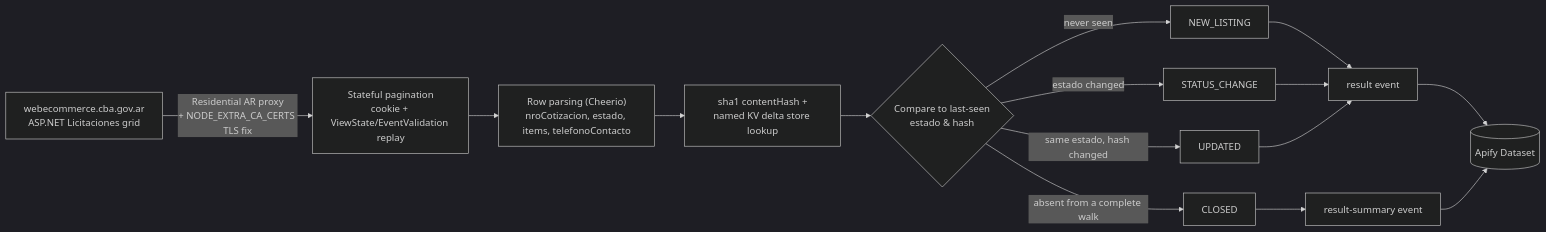
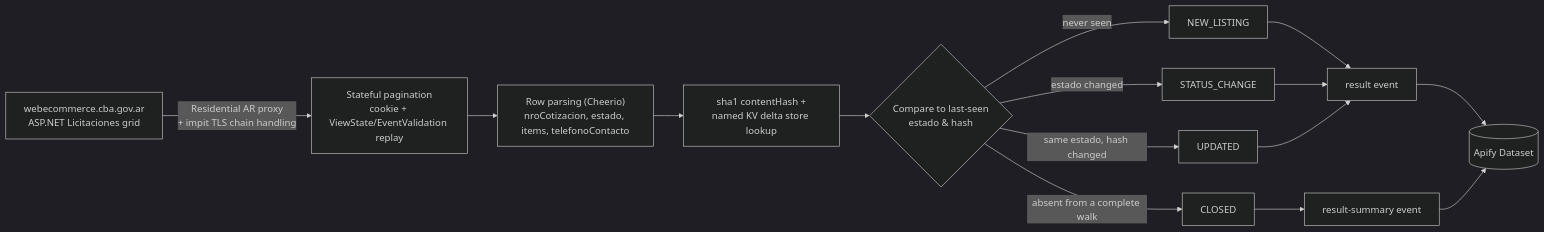
One commit to stefanoseggio/cordoba-compras-monitor changed the diagram in README.md. Above: the diagram before and after it, drawn with Mermaid (dark theme). The commit also changed other lines of this file and 5 other files, not shown here.

````diff
--- a/README.md
+++ b/README.md
@@ -52,17 +52,17 @@
 ```mermaid
 flowchart LR
-    A["webecommerce.cba.gov.ar<br/>ASP.NET Licitaciones grid"] -->|"Residential AR proxy<br/>+ NODE_EXTRA_CA_CERTS TLS fix"| B["Stateful pagination<br/>cookie + ViewState/EventValidation replay"]
+    A["webecommerce.cba.gov.ar<br/>ASP.NET Licitaciones grid"] -->|"Residential AR proxy<br/>+ impit TLS chain handling"| B["Stateful pagination<br/>cookie + ViewState/EventValidation replay"]
     B --> C["Row parsing (Cheerio)<br/>nroCotizacion, estado, items, telefonoContacto"]
     C --> D["sha1 contentHash +<br/>named KV delta store lookup"]
     D --> E{"Compare to last-seen<br/>estado &amp; hash"}
     E -->|"never seen"| F["NEW_LISTING"]
     E -->|"estado changed"| G["STATUS_CHANGE"]
     E -->|"same estado, hash changed"| H["UPDATED"]
     E -->|"absent from a complete walk"| I["CLOSED"]
     F --> J["result event"]
     G --> J
     H --> J
     I --> K["result-summary event"]
     J --> L[("Apify Dataset")]
     K --> L
 ```
````
